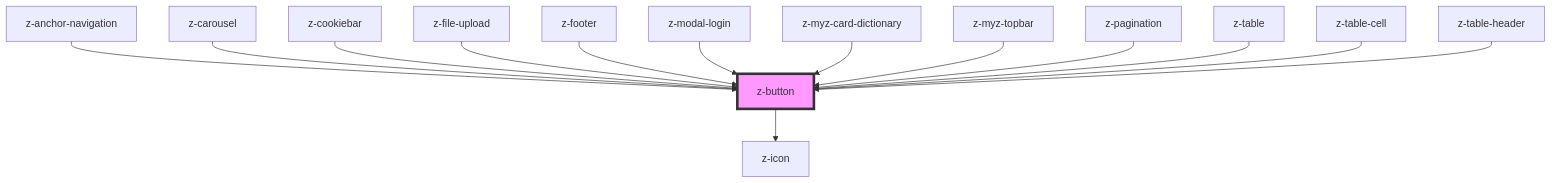
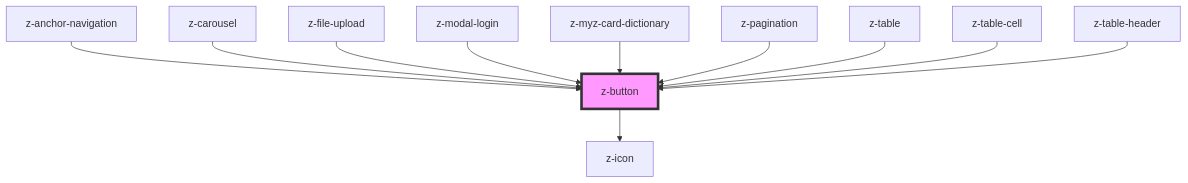
The diagram in src/components/buttons/z-button/readme.md (ZanichelliEditore/design-system), drawn with Mermaid before and after one commit. The commit also changed other lines of this file and 22 other files, not shown here.

````diff
--- a/src/components/buttons/z-button/readme.md
+++ b/src/components/buttons/z-button/readme.md
@@ -129,17 +126,14 @@
 ```mermaid
 graph TD;
   z-button --> z-icon
   z-anchor-navigation --> z-button
   z-carousel --> z-button
-  z-cookiebar --> z-button
   z-file-upload --> z-button
-  z-footer --> z-button
   z-modal-login --> z-button
   z-myz-card-dictionary --> z-button
-  z-myz-topbar --> z-button
   z-pagination --> z-button
   z-table --> z-button
   z-table-cell --> z-button
   z-table-header --> z-button
   style z-button fill:#f9f,stroke:#333,stroke-width:4px
 ```
````
